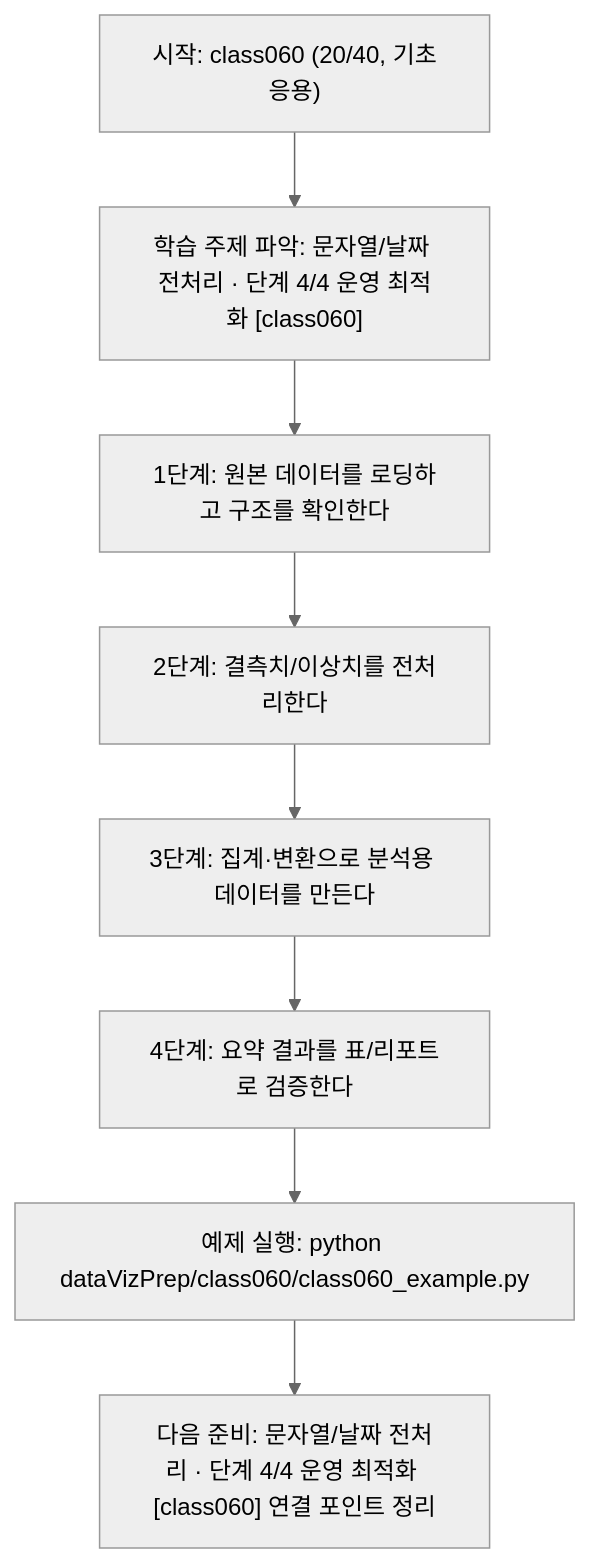
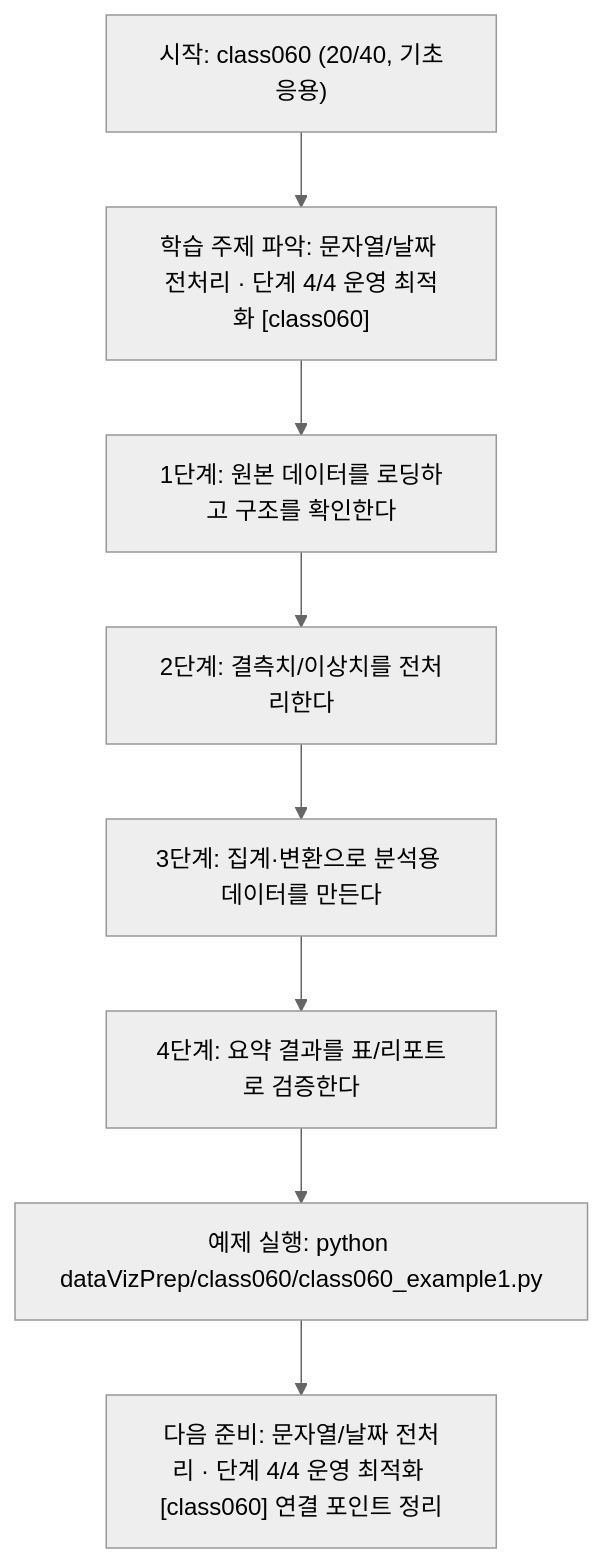
One commit to edumgt/Python-AI_Agent-Class changed the diagram in dataVizPrep/class060/class060.md. Above: the diagram before and after it, drawn with Mermaid (neutral theme). The commit also changed other lines of this file and 2959 other files, not shown here.

````diff
--- a/dataVizPrep/class060/class060.md
+++ b/dataVizPrep/class060/class060.md
@@ -111,18 +111,18 @@
 ```mermaid
 flowchart TD
 N1["시작: class060 (20/40, 기초응용)"]
 N2["학습 주제 파악: 문자열/날짜 전처리 · 단계 4/4 운영 최적화 [class060]"]
 N3["1단계: 원본 데이터를 로딩하고 구조를 확인한다"]
 N4["2단계: 결측치/이상치를 전처리한다"]
 N5["3단계: 집계·변환으로 분석용 데이터를 만든다"]
 N6["4단계: 요약 결과를 표/리포트로 검증한다"]
-N7["예제 실행: python dataVizPrep/class060/class060_example.py"]
+N7["예제 실행: python dataVizPrep/class060/class060_example1.py"]
 N8["다음 준비: 문자열/날짜 전처리 · 단계 4/4 운영 최적화 [class060] 연결 포인트 정리"]
 N1 --> N2
 N2 --> N3
 N3 --> N4
 N4 --> N5
 N5 --> N6
 N6 --> N7
 N7 --> N8
 ```
````
